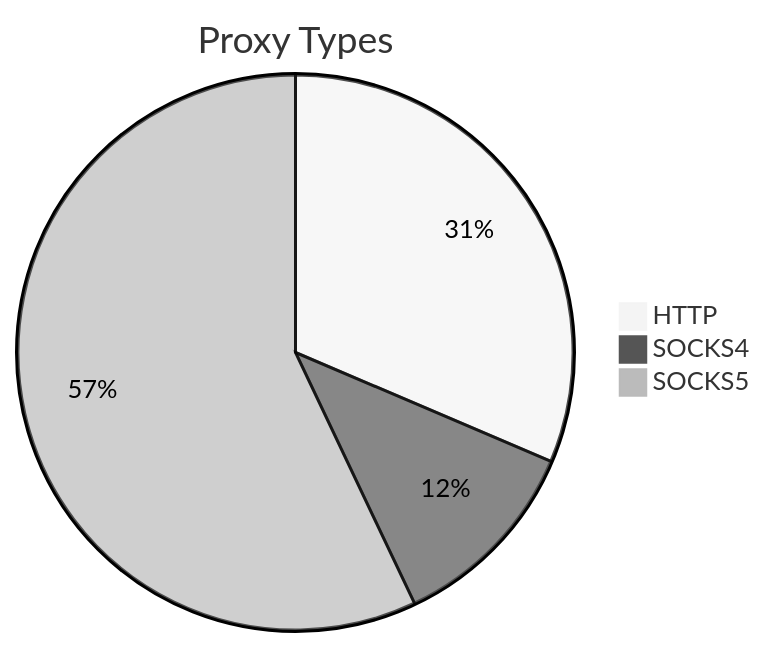
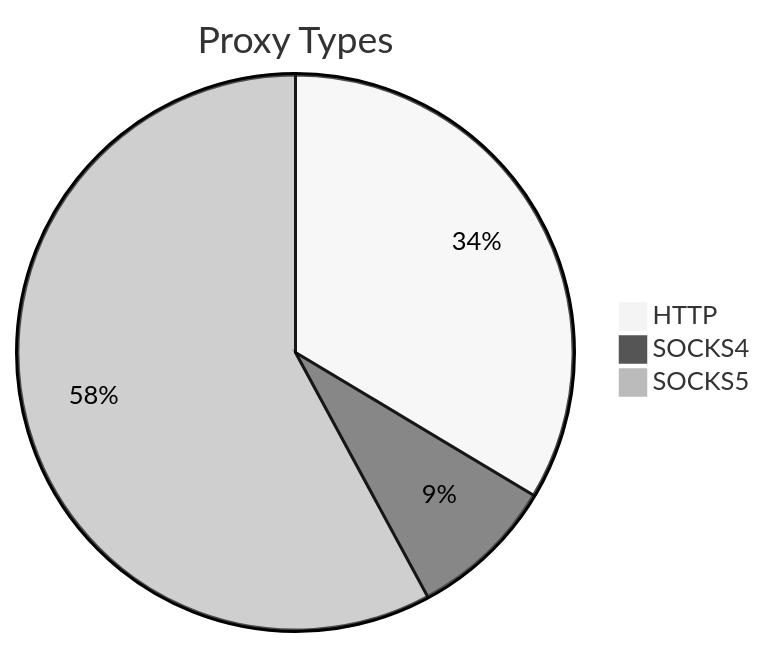
Before and after one commit to stormsia/proxy-list: the first of 2 diagrams in README.md, drawn with Mermaid (neutral theme). The commit also changed other lines of this file, not shown here.

````diff
--- a/README.md
+++ b/README.md
@@ -21,6 +21,6 @@
 ```mermaid
 pie title Proxy Types
-    "HTTP" : 98
-    "SOCKS4" : 36
-    "SOCKS5" : 178
+    "HTTP" : 83
+    "SOCKS4" : 21
+    "SOCKS5" : 143
 ```
````
